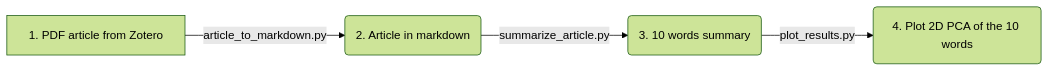
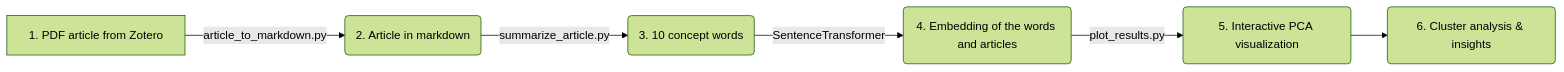
One commit to NINAnor/ai-social-science changed the diagram in README.md. Above: the diagram before and after it, drawn with Mermaid (forest theme). The commit also changed other lines of this file and 8 other files, not shown here.

````diff
--- a/README.md
+++ b/README.md
@@ -7,7 +7,9 @@
 ```mermaid
 
 flowchart LR
     A[1. PDF article from Zotero] -->|article_to_markdown.py| B(2. Article in markdown)
-    B --> |summarize_article.py| C(3. 10 words summary)
-    C --> |plot_results.py| D(4. Plot 2D PCA of the 10 words)
+    B --> |summarize_article.py| C(3. 10 concept words)
+    C --> |SentenceTransformer| D(4. Embedding of the words and articles)
+    D --> |plot_results.py| E(5. Interactive PCA visualization)
+    E --> F(6. Cluster analysis & insights)
 ```
````
